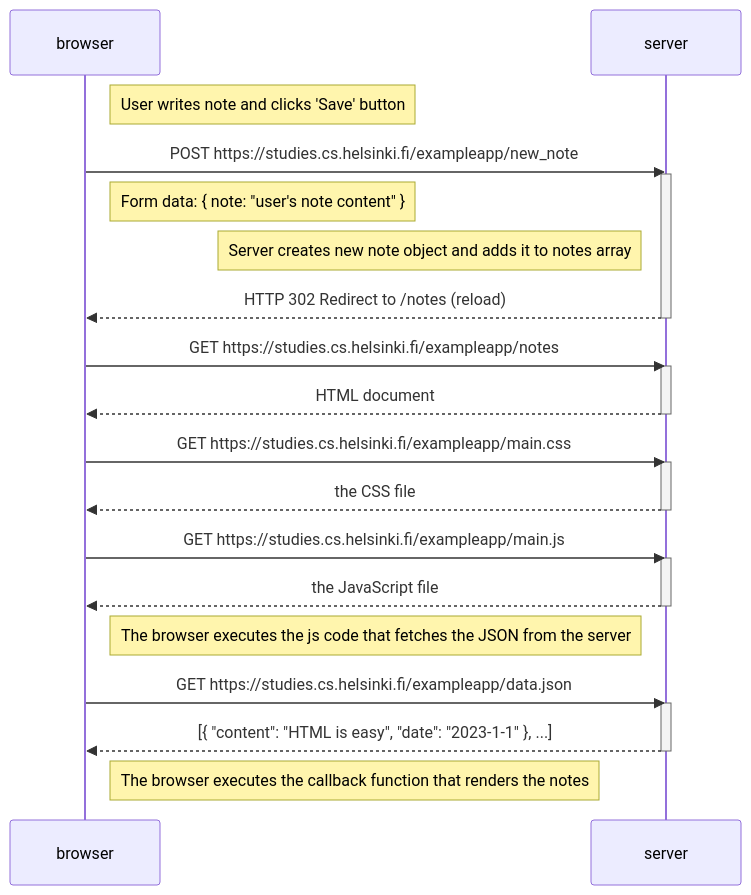
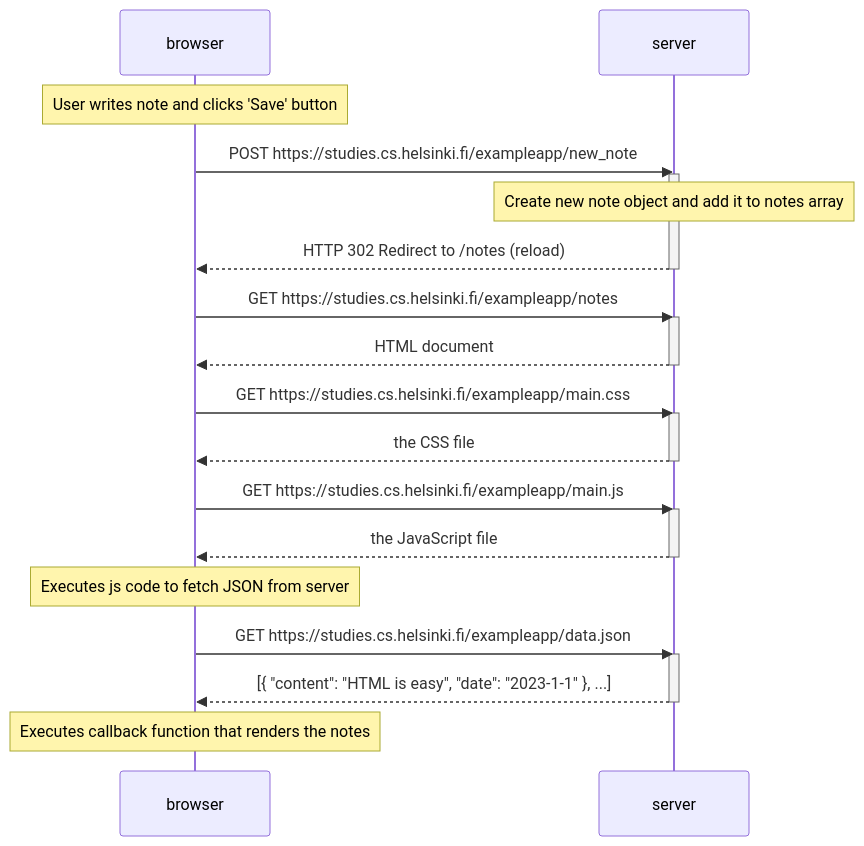
Before and after one commit to codedstrings/full-stack-open: the diagram in part-0/Exercise 0.4.md, drawn with Mermaid.

Commit message:
Update Exercise 0.4.md
use "note over"

````diff
--- a/part-0/Exercise 0.4.md
+++ b/part-0/Exercise 0.4.md
@@ -1,40 +1,39 @@
 ```mermaid
-
 sequenceDiagram
     participant browser
     participant server
 
-    Note right of browser: User writes note and clicks 'Save' button
+    Note over browser: User writes note and clicks 'Save' button
 
     browser->>server: POST https://studies.cs.helsinki.fi/exampleapp/new_note
     activate server
-    Note right of browser: Form data: { note: "user's note content" }
-    Note left of server: Server creates new note object and adds it to notes array
+    Note over server: Create new note object and add it to notes array
     server-->>browser: HTTP 302 Redirect to /notes (reload)
     deactivate server
 
     browser->>server: GET https://studies.cs.helsinki.fi/exampleapp/notes
     activate server
     server-->>browser: HTML document
     deactivate server
 
     browser->>server: GET https://studies.cs.helsinki.fi/exampleapp/main.css
     activate server
     server-->>browser: the CSS file
     deactivate server
 
     browser->>server: GET https://studies.cs.helsinki.fi/exampleapp/main.js
     activate server
     server-->>browser: the JavaScript file
     deactivate server
 
-    Note right of browser: The browser executes the js code that fetches the JSON from the server
+    Note over browser: Executes js code to fetch JSON from server
 
     browser->>server: GET https://studies.cs.helsinki.fi/exampleapp/data.json
     activate server
     server-->>browser: [{ "content": "HTML is easy", "date": "2023-1-1" }, ...]
     deactivate server
 
-    Note right of browser: The browser executes the callback function that renders the notes
+    Note over browser: Executes callback function that renders the notes
+    
     
 ```
````
